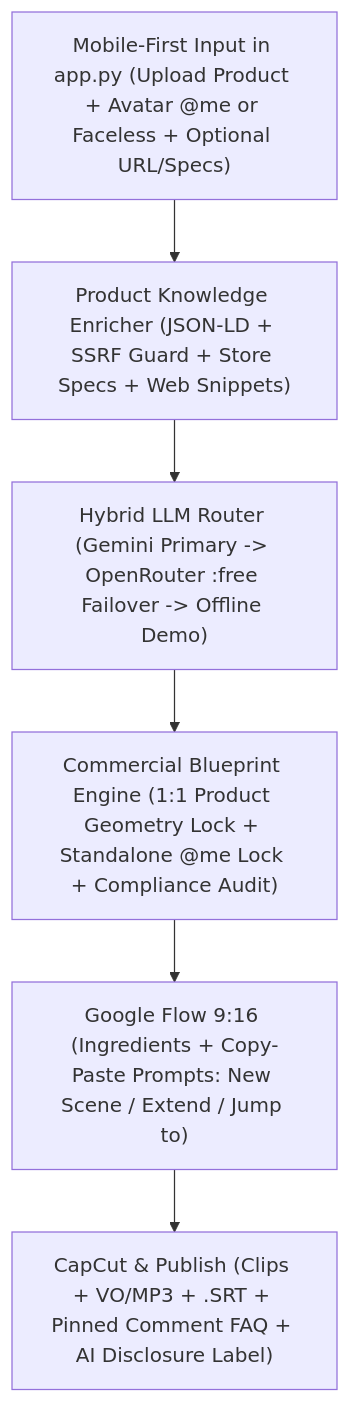
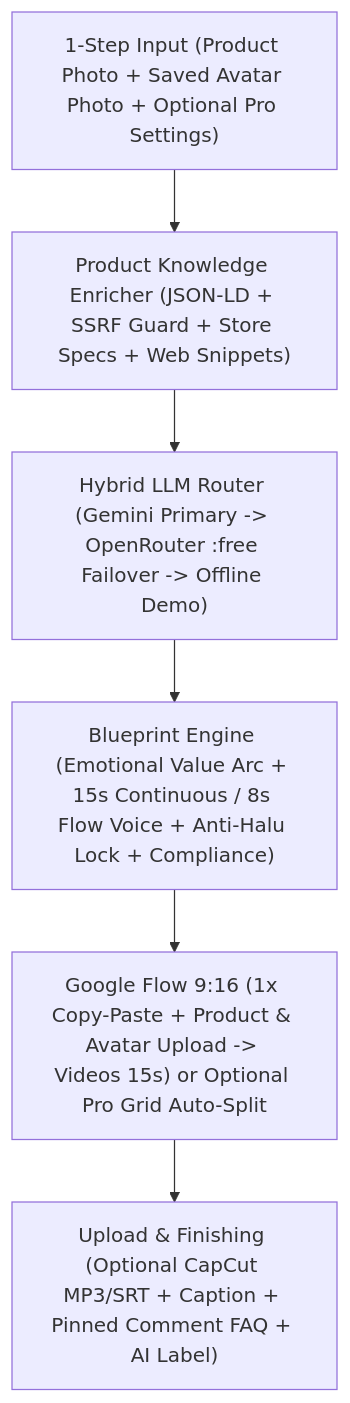
Before and after one commit to bamsmart/video_affliate_generator: the diagram in README.md, drawn with Mermaid. The commit also changed other lines of this file and 20 other files, not shown here.

Commit message:
feat: add 1x copy-paste 15s talking avatar studio, UGC director skill, and auto turnaround sheet

````diff
--- a/README.md
+++ b/README.md
@@ -40,12 +36,12 @@
 ```mermaid
 flowchart TD
-    IN["Mobile-First Input in app.py (Upload Product + Avatar @me or Faceless + Optional URL/Specs)"]
+    IN["1-Step Input (Product Photo + Saved Avatar Photo + Optional Pro Settings)"]
     --> ENR["Product Knowledge Enricher (JSON-LD + SSRF Guard + Store Specs + Web Snippets)"]
 
     ENR --> LLM["Hybrid LLM Router (Gemini Primary -> OpenRouter :free Failover -> Offline Demo)"]
 
-    LLM --> ENG["Commercial Blueprint Engine (1:1 Product Geometry Lock + Standalone @me Lock + Compliance Audit)"]
+    LLM --> ENG["Blueprint Engine (Emotional Value Arc + 15s Continuous / 8s Flow Voice + Anti-Halu Lock + Compliance)"]
 
-    ENG --> FLOW["Google Flow 9:16 (Ingredients + Copy-Paste Prompts: New Scene / Extend / Jump to)"]
-    FLOW --> CAP["CapCut & Publish (Clips + VO/MP3 + .SRT + Pinned Comment FAQ + AI Disclosure Label)"]
+    ENG --> FLOW["Google Flow 9:16 (1x Copy-Paste + Product & Avatar Upload -> Videos 15s) or Optional Pro Grid Auto-Split"]
+    FLOW --> CAP["Upload & Finishing (Optional CapCut MP3/SRT + Caption + Pinned Comment FAQ + AI Label)"]
 ```
````
